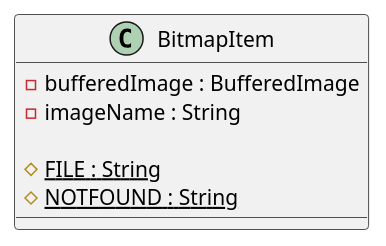
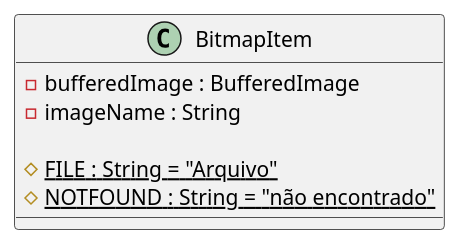
The diagram in classes/BitmapItem.puml (gabrielrtlima/diagramas-padroes-projeto), drawn with PlantUML before and after one commit. The commit also changed 11 other files, not shown here.

```diff
--- a/classes/BitmapItem.puml
+++ b/classes/BitmapItem.puml
@@ -1,13 +1,13 @@
 @startuml BitmapItem
 
 class BitmapItem {
 
   - bufferedImage : BufferedImage
   - imageName : String
-  
-  # {static} FILE : String
-  # {static} NOTFOUND : String
+
+  # {static} FILE : String = "Arquivo"
+  # {static} NOTFOUND : String = "não encontrado"
 
 }
 
 @enduml
```
